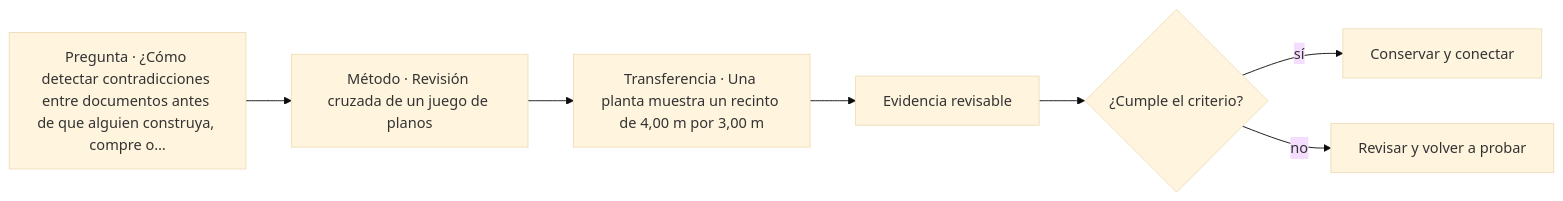
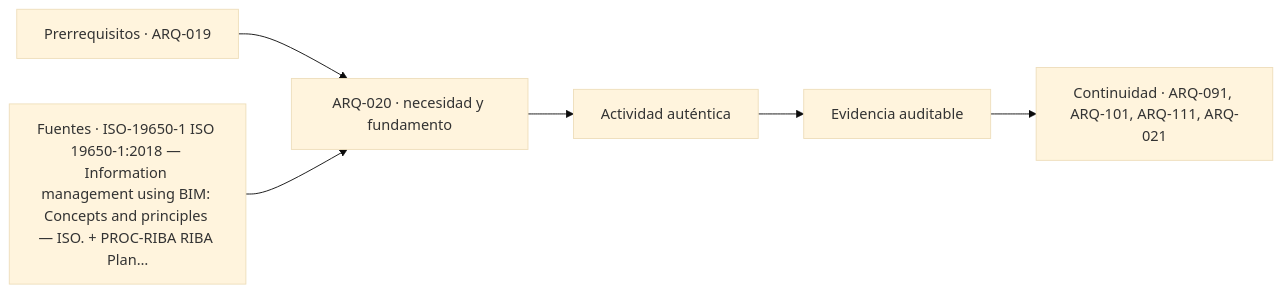
Before and after one commit to vladimiracunadev-create/architecture-built-environment-learning-program: the diagram in classes/parte-02/ARQ-020.md, drawn with Mermaid (base theme). The commit also changed other lines of this file and 761 other files, not shown here.

````diff
--- a/classes/parte-02/ARQ-020.md
+++ b/classes/parte-02/ARQ-020.md
@@ -124,9 +136,8 @@
 ```mermaid
 flowchart LR
-    Q["Pregunta · ¿Cómo detectar contradicciones entre documentos antes de que alguien construya, compre o…"] --> M["Método · Revisión cruzada de un juego de planos"]
-    M --> P["Transferencia · Una planta muestra un recinto de 4,00 m por 3,00 m"]
-    P --> E["Evidencia revisable"]
-    E --> C{"¿Cumple el criterio?"}
-    C -->|sí| T["Conservar y conectar"]
-    C -->|no| R["Revisar y volver a probar"]
+    A["Prerrequisitos · ARQ-019"] --> B["ARQ-020 · necesidad y fundamento"]
+    S["Fuentes · ISO-19650-1 ISO 19650-1:2018 — Information management using BIM: Concepts and principles — ISO. + PROC-RIBA RIBA Plan…"] --> B
+    B --> C["Actividad auténtica"]
+    C --> D["Evidencia auditable"]
+    D --> E["Continuidad · ARQ-091, ARQ-101, ARQ-111, ARQ-021"]
 ```
````
